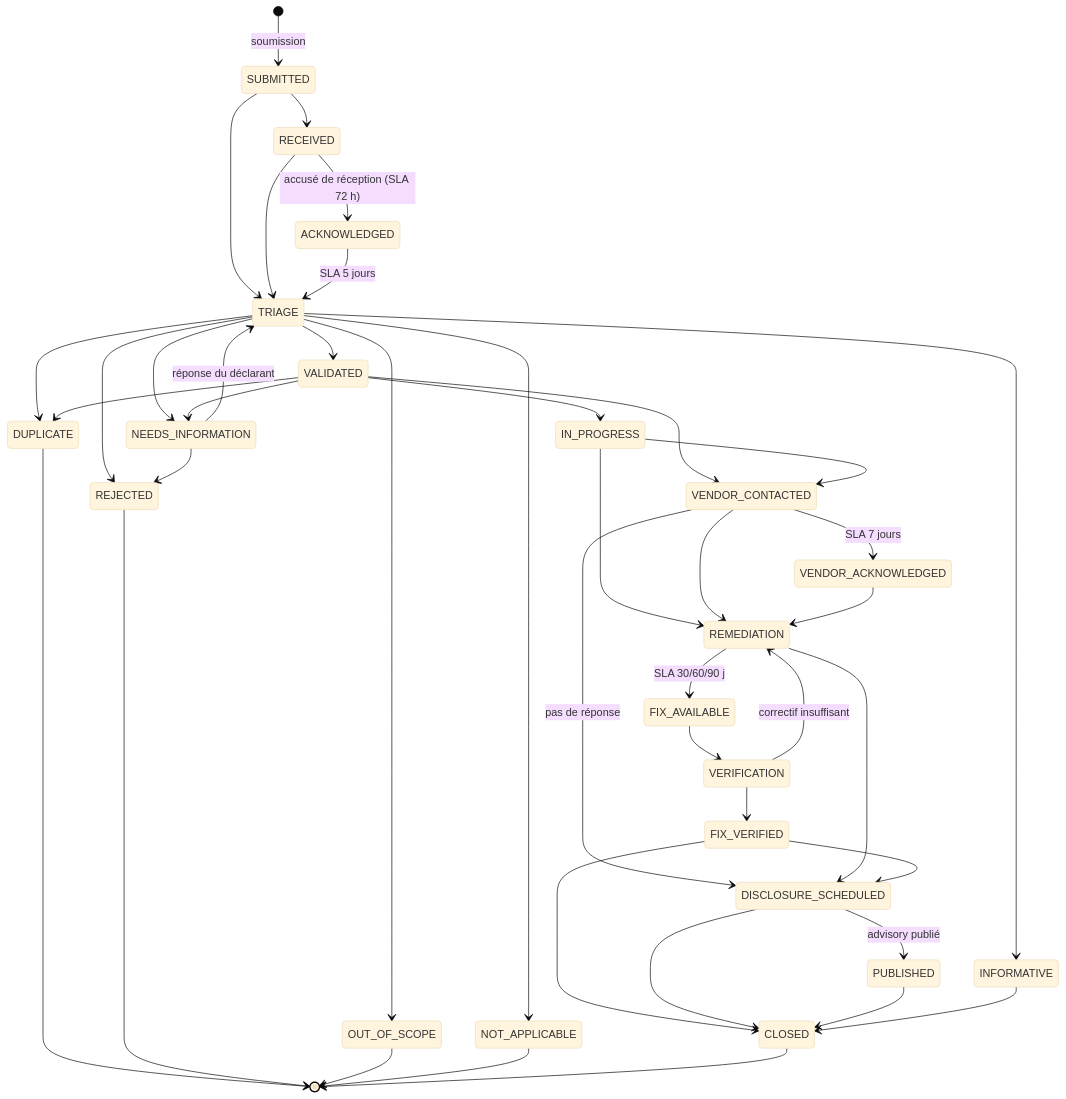
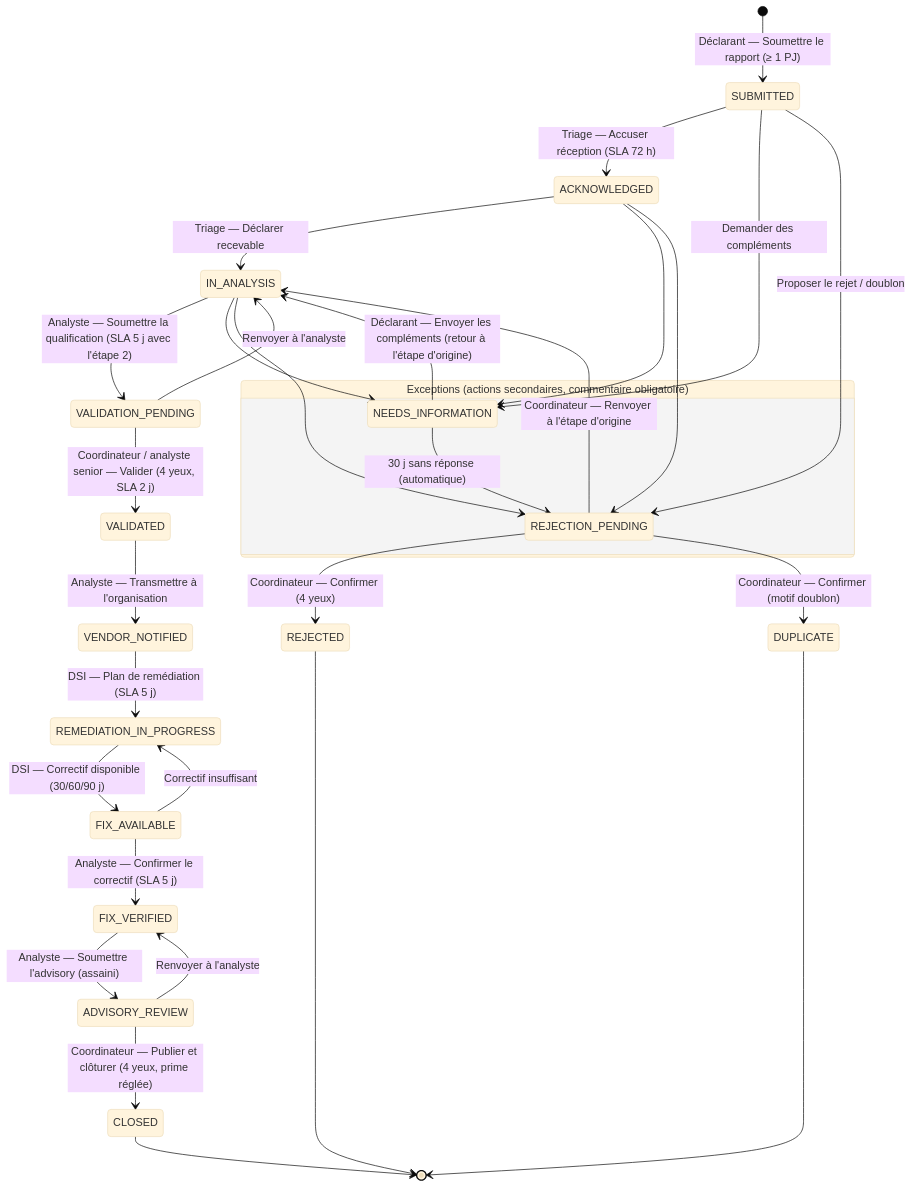
The first of 2 diagrams in docs/diagrams/cvd-workflow.md (Faso-Shield/eVDP), drawn with Mermaid (base theme) before and after one commit. The commit also changed other lines of this file and 72 other files, not shown here.

````diff
--- a/docs/diagrams/cvd-workflow.md
+++ b/docs/diagrams/cvd-workflow.md
@@ -3,53 +7,40 @@
 ```mermaid
 stateDiagram-v2
-    [*] --> SUBMITTED : soumission
+    [*] --> SUBMITTED : Déclarant — Soumettre le rapport (≥ 1 PJ)
 
-    SUBMITTED --> RECEIVED
-    SUBMITTED --> TRIAGE
-    RECEIVED --> ACKNOWLEDGED : accusé de réception (SLA 72 h)
-    RECEIVED --> TRIAGE
-    ACKNOWLEDGED --> TRIAGE : SLA 5 jours
+    SUBMITTED --> ACKNOWLEDGED : Triage — Accuser réception (SLA 72 h)
+    ACKNOWLEDGED --> IN_ANALYSIS : Triage — Déclarer recevable
+    IN_ANALYSIS --> VALIDATION_PENDING : Analyste — Soumettre la qualification (SLA 5 j avec l'étape 2)
+    VALIDATION_PENDING --> VALIDATED : Coordinateur / analyste senior — Valider (4 yeux, SLA 2 j)
+    VALIDATED --> VENDOR_NOTIFIED : Analyste — Transmettre à l'organisation
+    VENDOR_NOTIFIED --> REMEDIATION_IN_PROGRESS : DSI — Plan de remédiation (SLA 5 j)
+    REMEDIATION_IN_PROGRESS --> FIX_AVAILABLE : DSI — Correctif disponible (30/60/90 j)
+    FIX_AVAILABLE --> FIX_VERIFIED : Analyste — Confirmer le correctif (SLA 5 j)
+    FIX_VERIFIED --> ADVISORY_REVIEW : Analyste — Soumettre l'advisory (assaini)
+    ADVISORY_REVIEW --> CLOSED : Coordinateur — Publier et clôturer (4 yeux, prime réglée)
+    CLOSED --> [*]
 
-    TRIAGE --> NEEDS_INFORMATION
-    TRIAGE --> VALIDATED
-    TRIAGE --> DUPLICATE
-    TRIAGE --> REJECTED
-    TRIAGE --> OUT_OF_SCOPE
-    TRIAGE --> NOT_APPLICABLE
-    TRIAGE --> INFORMATIVE
+    state "Exceptions (actions secondaires, commentaire obligatoire)" as exc {
+        NEEDS_INFORMATION
+        REJECTION_PENDING
+    }
+    SUBMITTED --> NEEDS_INFORMATION : Demander des compléments
+    ACKNOWLEDGED --> NEEDS_INFORMATION
+    IN_ANALYSIS --> NEEDS_INFORMATION
+    NEEDS_INFORMATION --> IN_ANALYSIS : Déclarant — Envoyer les compléments (retour à l'étape d'origine)
+    NEEDS_INFORMATION --> REJECTION_PENDING : 30 j sans réponse (automatique)
 
-    NEEDS_INFORMATION --> TRIAGE : réponse du déclarant
-    NEEDS_INFORMATION --> REJECTED
+    SUBMITTED --> REJECTION_PENDING : Proposer le rejet / doublon
+    ACKNOWLEDGED --> REJECTION_PENDING
+    IN_ANALYSIS --> REJECTION_PENDING
+    REJECTION_PENDING --> REJECTED : Coordinateur — Confirmer (4 yeux)
+    REJECTION_PENDING --> DUPLICATE : Coordinateur — Confirmer (motif doublon)
+    REJECTION_PENDING --> IN_ANALYSIS : Coordinateur — Renvoyer à l'étape d'origine
 
-    VALIDATED --> IN_PROGRESS
-    VALIDATED --> VENDOR_CONTACTED
-    VALIDATED --> NEEDS_INFORMATION
-    VALIDATED --> DUPLICATE
+    VALIDATION_PENDING --> IN_ANALYSIS : Renvoyer à l'analyste
+    ADVISORY_REVIEW --> FIX_VERIFIED : Renvoyer à l'analyste
+    FIX_AVAILABLE --> REMEDIATION_IN_PROGRESS : Correctif insuffisant
 
-    IN_PROGRESS --> VENDOR_CONTACTED
-    IN_PROGRESS --> REMEDIATION
-
-    VENDOR_CONTACTED --> VENDOR_ACKNOWLEDGED : SLA 7 jours
-    VENDOR_CONTACTED --> REMEDIATION
-    VENDOR_CONTACTED --> DISCLOSURE_SCHEDULED : pas de réponse
-    VENDOR_ACKNOWLEDGED --> REMEDIATION
-
-    REMEDIATION --> FIX_AVAILABLE : SLA 30/60/90 j
-    REMEDIATION --> DISCLOSURE_SCHEDULED
-    FIX_AVAILABLE --> VERIFICATION
-    VERIFICATION --> FIX_VERIFIED
-    VERIFICATION --> REMEDIATION : correctif insuffisant
-
-    FIX_VERIFIED --> DISCLOSURE_SCHEDULED
-    FIX_VERIFIED --> CLOSED
-    DISCLOSURE_SCHEDULED --> PUBLISHED : advisory publié
-    DISCLOSURE_SCHEDULED --> CLOSED
-    PUBLISHED --> CLOSED
-    INFORMATIVE --> CLOSED
-
+    REJECTED --> [*]
     DUPLICATE --> [*]
-    REJECTED --> [*]
-    OUT_OF_SCOPE --> [*]
-    NOT_APPLICABLE --> [*]
-    CLOSED --> [*]
 ```
````
